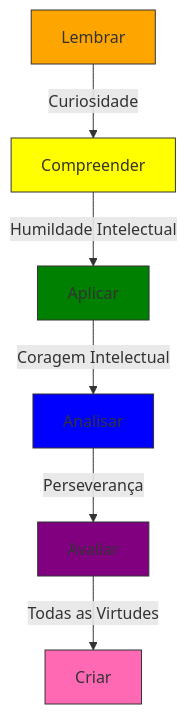
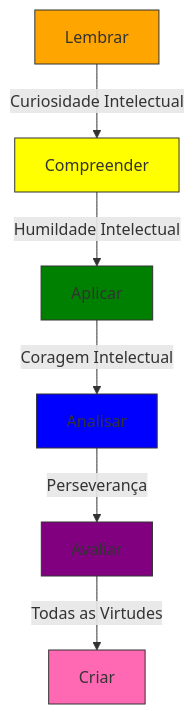
Before and after one commit to jordansmedeiros/virtuquest: the diagram in .qoder/repowiki/pt/content/Recursos Educacionais/Virtudes Intelectuais.md, drawn with Mermaid. The commit also changed other lines of this file and 22 other files, not shown here.

````diff
--- a/.qoder/repowiki/pt/content/Recursos Educacionais/Virtudes Intelectuais.md
+++ b/.qoder/repowiki/pt/content/Recursos Educacionais/Virtudes Intelectuais.md
@@ -160,14 +256,14 @@
 ```mermaid
 graph TD
-A[Lembrar] --> |Curiosidade| B[Compreender]
+A[Lembrar] --> |Curiosidade Intelectual| B[Compreender]
 B --> |Humildade Intelectual| C[Aplicar]
 C --> |Coragem Intelectual| D[Analisar]
 D --> |Perseverança| E[Avaliar]
 E --> |Todas as Virtudes| F[Criar]
 style A fill:#FFA500,stroke:#333
 style B fill:#FFFF00,stroke:#333
 style C fill:#008000,stroke:#333
 style D fill:#0000FF,stroke:#333
 style E fill:#800080,stroke:#333
 style F fill:#FF69B4,stroke:#333
 ```
````
